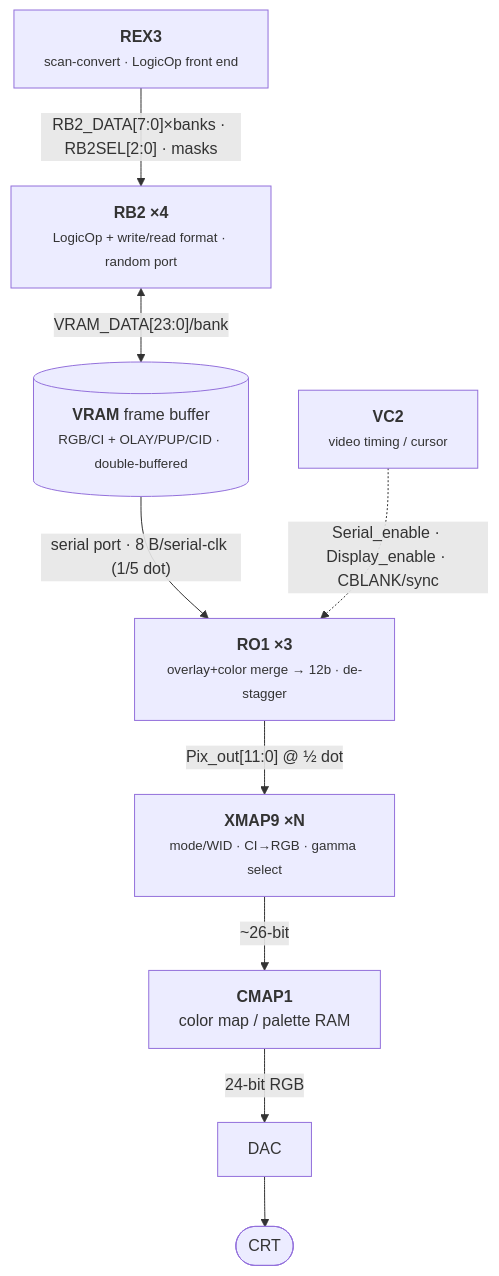
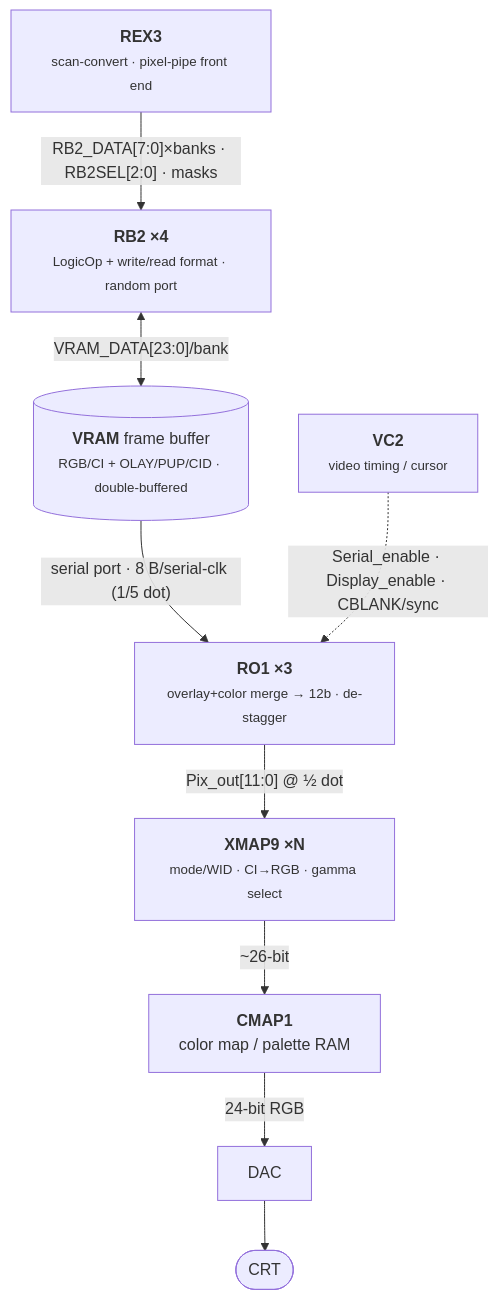
One commit to dsheffie/henry-the-wannabe-ip22-soc changed the diagram in docs/graphics/rb2-ro1.md. Above: the diagram before and after it, drawn with Mermaid. The commit also changed other lines of this file and 26 other files, not shown here.

````diff
--- a/docs/graphics/rb2-ro1.md
+++ b/docs/graphics/rb2-ro1.md
@@ -92,11 +94,11 @@
 ```mermaid
 flowchart TD
-    REX3["<b>REX3</b><br/><small>scan-convert · LogicOp front end</small>"]
+    REX3["<b>REX3</b><br/><small>scan-convert · pixel-pipe front end</small>"]
     REX3 -->|"RB2_DATA[7:0]×banks · RB2SEL[2:0] · masks"| RB2["<b>RB2 ×4</b><br/><small>LogicOp + write/read format · random port</small>"]
     RB2 <-->|"VRAM_DATA[23:0]/bank"| VRAM[("<b>VRAM</b> frame buffer<br/><small>RGB/CI + OLAY/PUP/CID · double-buffered</small>")]
     VRAM -->|"serial port · 8 B/serial-clk (1/5 dot)"| RO1["<b>RO1 ×3</b><br/><small>overlay+color merge → 12b · de-stagger</small>"]
     RO1 -->|"Pix_out[11:0] @ ½ dot"| XMAP9["<b>XMAP9 ×N</b><br/><small>mode/WID · CI→RGB · gamma select</small>"]
     XMAP9 -->|"~26-bit"| CMAP["<b>CMAP1</b><br/>color map / palette RAM"]
     CMAP -->|"24-bit RGB"| DAC["DAC"] --> CRT([CRT])
     VC2["<b>VC2</b><br/><small>video timing / cursor</small>"] -.->|"Serial_enable · Display_enable · CBLANK/sync"| RO1
 ```
````
